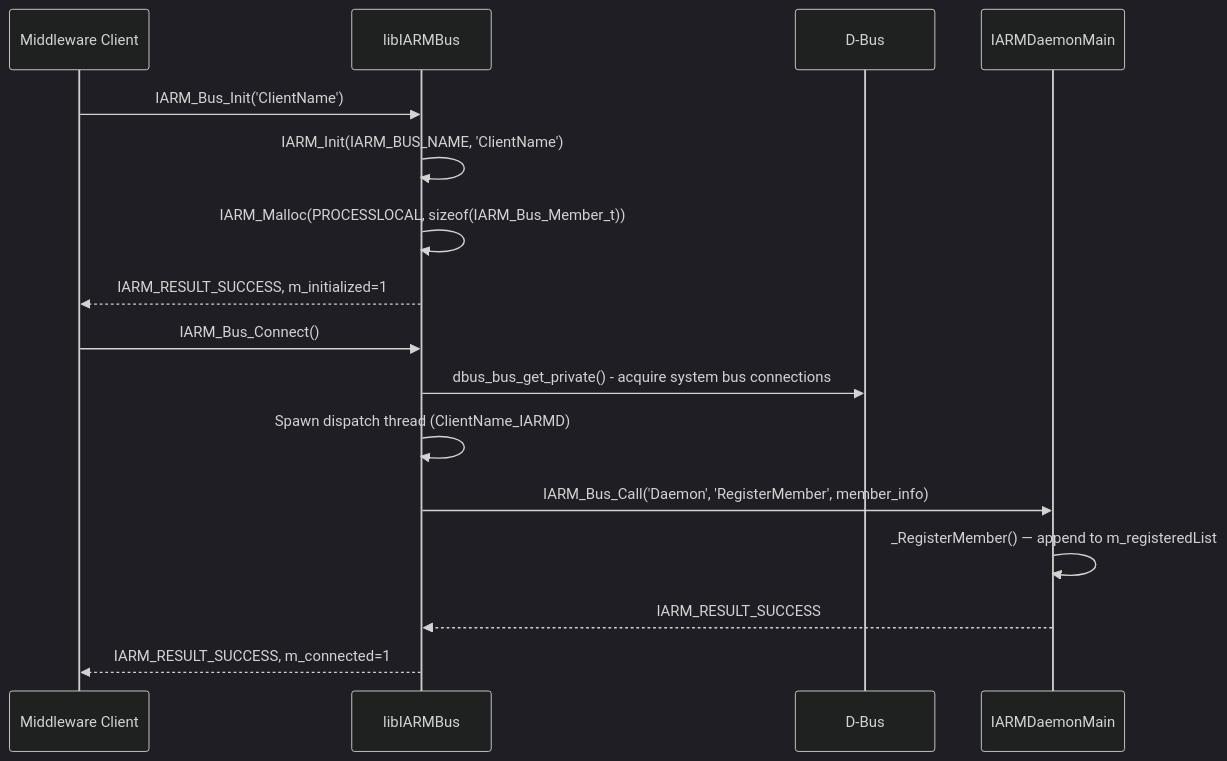
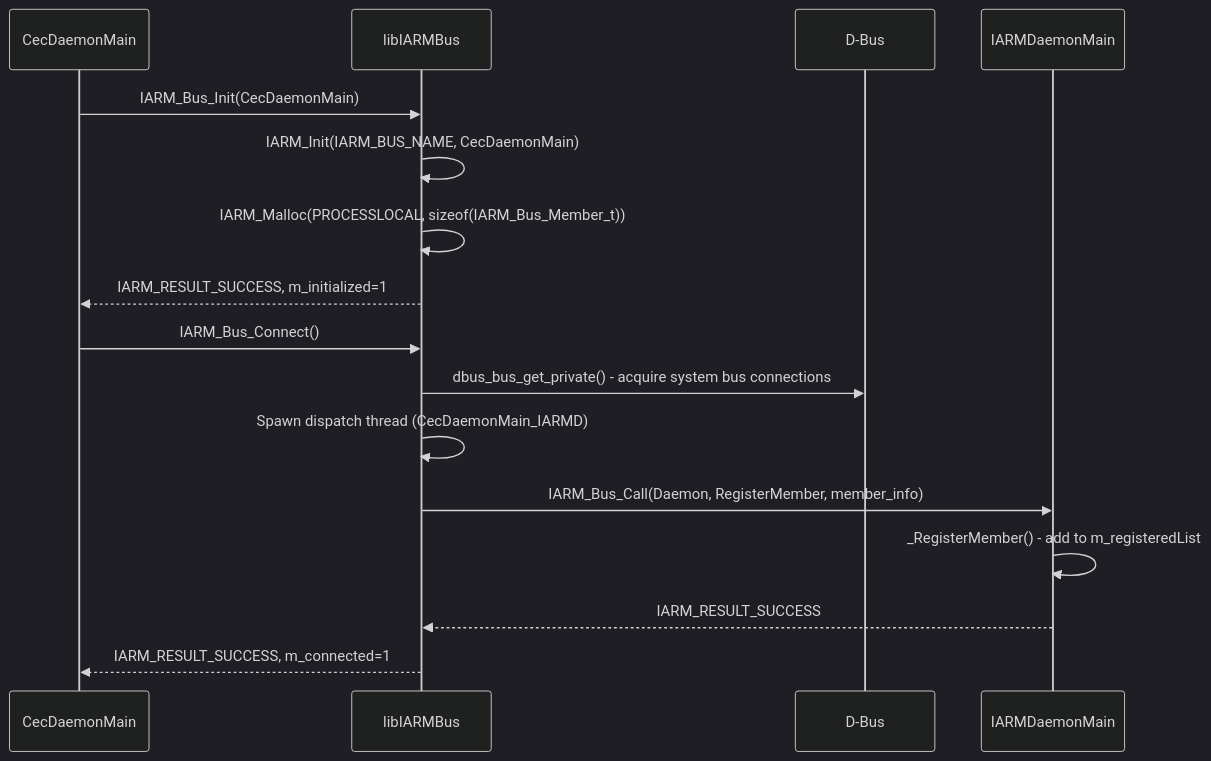
Before and after one commit to rns21/RDK_Documentation: the fourth of 8 diagrams in docs/docu/RDKV-Documentations/iarmbus.md, drawn with Mermaid (dark theme). The commit also changed other lines of this file, not shown here.

````diff
--- a/docs/docu/RDKV-Documentations/iarmbus.md
+++ b/docs/docu/RDKV-Documentations/iarmbus.md
@@ -191,20 +191,20 @@
 ```mermaid
 sequenceDiagram
-    participant ClientApp as Middleware Client
+    participant ClientApp as CecDaemonMain
     participant LibBus as libIARMBus
     participant DBus as D-Bus
     participant Daemon as IARMDaemonMain
 
-    ClientApp->>LibBus: IARM_Bus_Init('ClientName')
-    LibBus->>LibBus: IARM_Init(IARM_BUS_NAME, 'ClientName')
+    ClientApp->>LibBus: IARM_Bus_Init(CecDaemonMain)
+    LibBus->>LibBus: IARM_Init(IARM_BUS_NAME, CecDaemonMain)
     LibBus->>LibBus: IARM_Malloc(PROCESSLOCAL, sizeof(IARM_Bus_Member_t))
     LibBus-->>ClientApp: IARM_RESULT_SUCCESS, m_initialized=1
 
     ClientApp->>LibBus: IARM_Bus_Connect()
     LibBus->>DBus: dbus_bus_get_private() - acquire system bus connections
-    LibBus->>LibBus: Spawn dispatch thread (ClientName_IARMD)
-    LibBus->>Daemon: IARM_Bus_Call('Daemon', 'RegisterMember', member_info)
-    Daemon->>Daemon: _RegisterMember() — append to m_registeredList
+    LibBus->>LibBus: Spawn dispatch thread (CecDaemonMain_IARMD)
+    LibBus->>Daemon: IARM_Bus_Call(Daemon, RegisterMember, member_info)
+    Daemon->>Daemon: _RegisterMember() - add to m_registeredList
     Daemon-->>LibBus: IARM_RESULT_SUCCESS
     LibBus-->>ClientApp: IARM_RESULT_SUCCESS, m_connected=1
 ```
````
